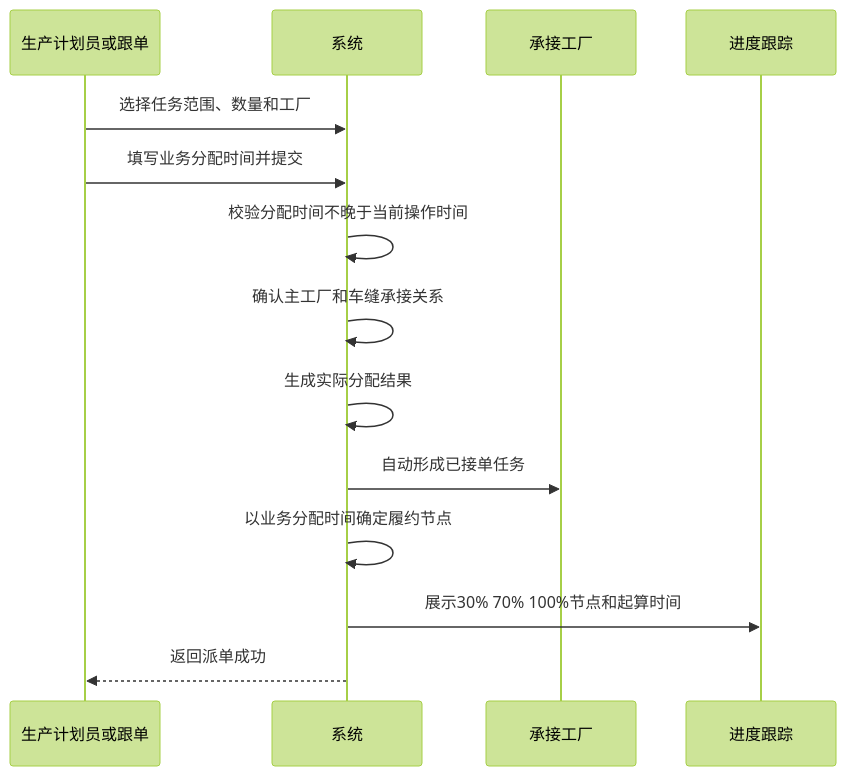
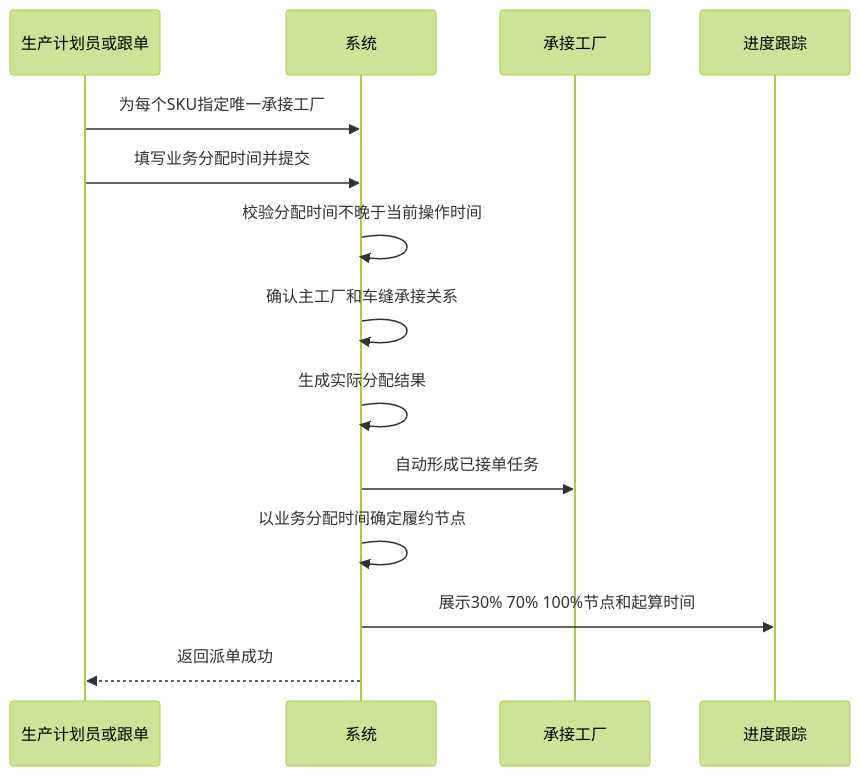
Before and after one commit to laoertongxue/higoods: the fourth of 12 diagrams in docs/product-design/含车缝任务交付与回货时效产品需求文档.md, drawn with Mermaid (forest theme). The commit also changed other lines of this file and 1 other file, not shown here.

````diff
--- a/docs/product-design/含车缝任务交付与回货时效产品需求文档.md
+++ b/docs/product-design/含车缝任务交付与回货时效产品需求文档.md
@@ -287,17 +287,17 @@
 ```mermaid
 sequenceDiagram
   participant M as 生产计划员或跟单
   participant S as 系统
   participant F as 承接工厂
   participant P as 进度跟踪
 
-  M->>S: 选择任务范围、数量和工厂
+  M->>S: 为每个SKU指定唯一承接工厂
   M->>S: 填写业务分配时间并提交
   S->>S: 校验分配时间不晚于当前操作时间
   S->>S: 确认主工厂和车缝承接关系
   S->>S: 生成实际分配结果
   S->>F: 自动形成已接单任务
   S->>S: 以业务分配时间确定履约节点
   S->>P: 展示30% 70% 100%节点和起算时间
   S-->>M: 返回派单成功
 ```
````
